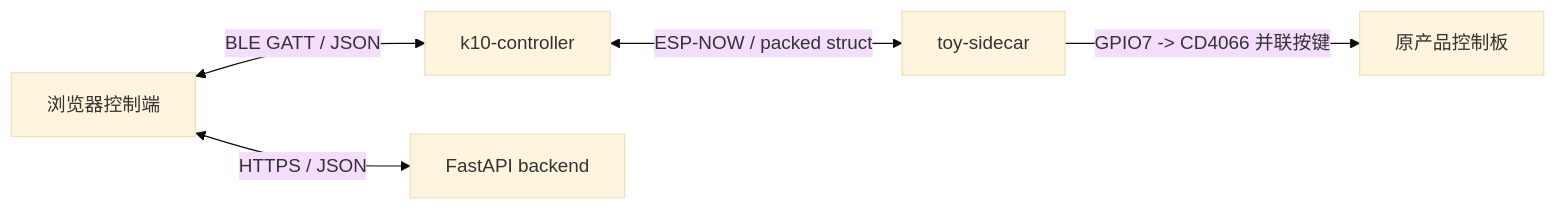
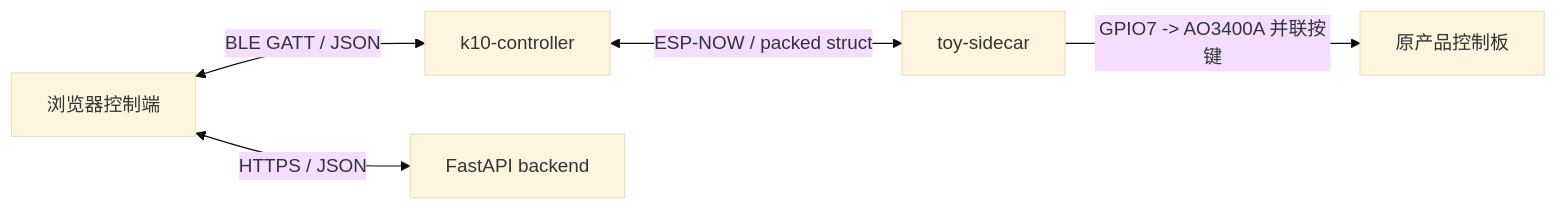
Before and after one commit to Binomial-distribution/nascent: the diagram in protocol/README.md, drawn with Mermaid (base theme). The commit also changed 7 other files, not shown here.

````diff
--- a/protocol/README.md
+++ b/protocol/README.md
@@ -29,12 +29,12 @@
 ```mermaid
 flowchart LR
   Phone["浏览器控制端"]
   K10["k10-controller"]
   Toy["toy-sidecar"]
   Board["原产品控制板"]
   Cloud["FastAPI backend"]
   Phone <-->|"BLE GATT / JSON"| K10
   K10 <-->|"ESP-NOW / packed struct"| Toy
-  Toy -->|"GPIO7 -> CD4066 并联按键"| Board
+  Toy -->|"GPIO7 -> AO3400A 并联按键"| Board
   Phone <-->|"HTTPS / JSON"| Cloud
 ```
````
